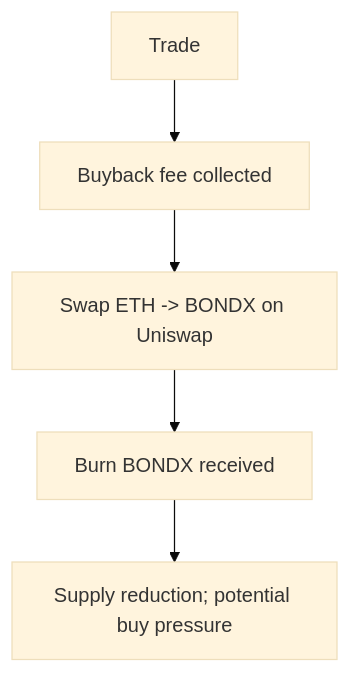
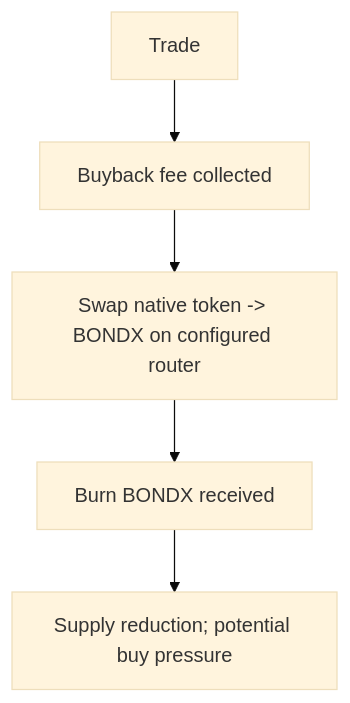
The third of 4 diagrams in appendix/diagrams.md (krobinalpha/gitbook), drawn with Mermaid (base theme) before and after one commit. The commit also changed other lines of this file and 25 other files, not shown here.

````diff
--- a/appendix/diagrams.md
+++ b/appendix/diagrams.md
@@ -32,7 +32,7 @@
 ```mermaid
 flowchart TD
   A[Trade] --> B[Buyback fee collected]
-  B --> C[Swap ETH -> BONDX on Uniswap]
+  B --> C[Swap native token -> BONDX on configured router]
   C --> D[Burn BONDX received]
   D --> E[Supply reduction; potential buy pressure]
 ```
````
